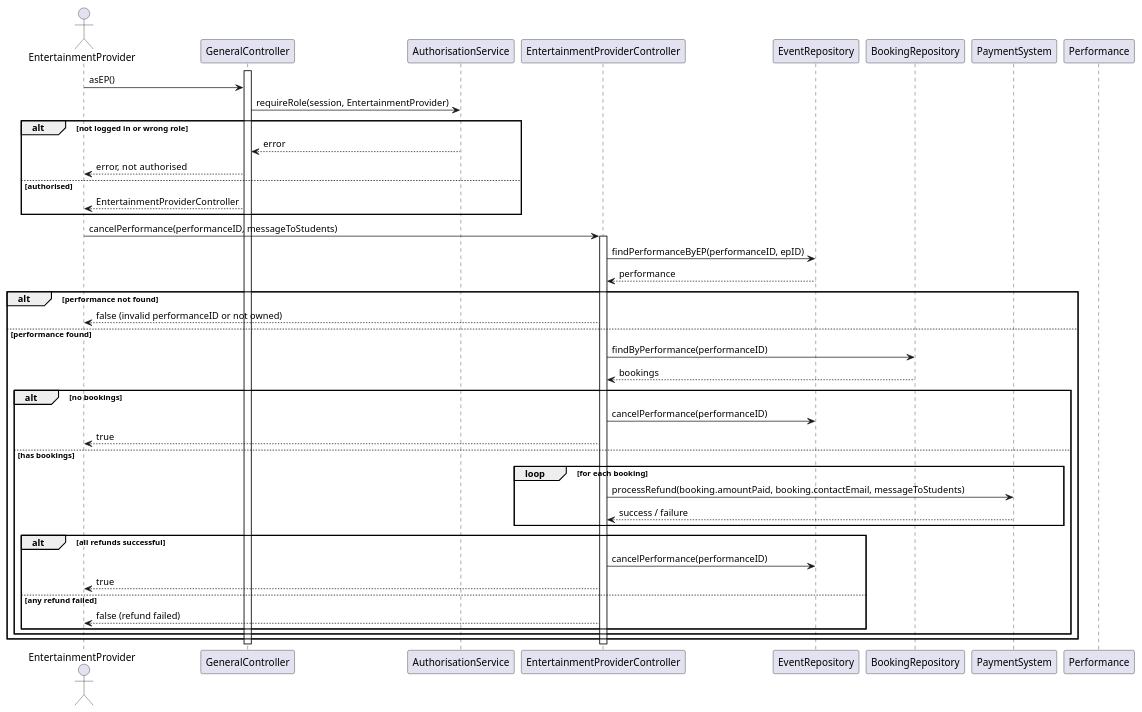
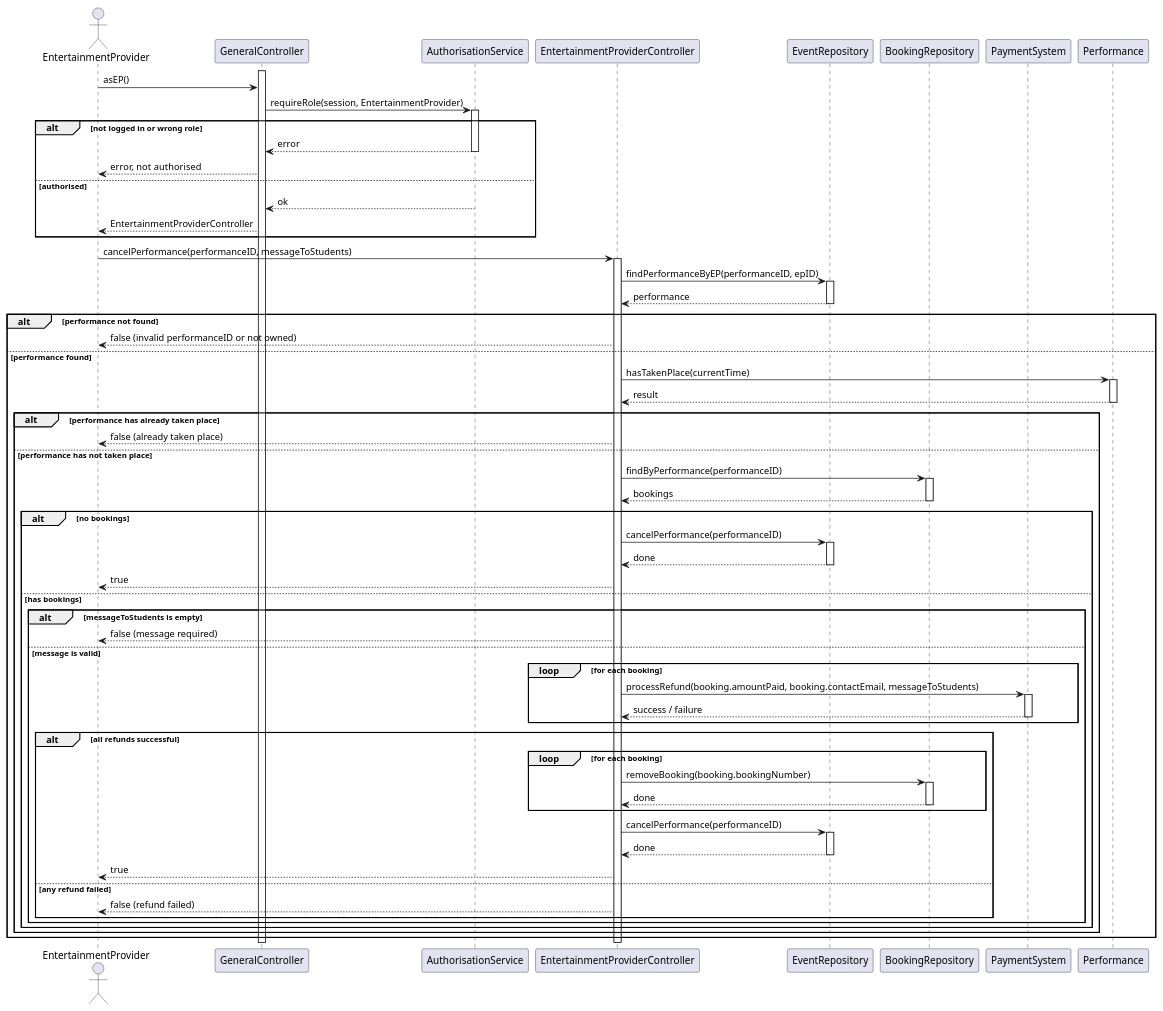
One commit to Kingjinsight/CourseWork changed the diagram in CW2/Task4_cancel_performance.puml. Above: the diagram before and after it, drawn with PlantUML. The commit also changed 2 other files, not shown here.

Commit message:
Update task2 bugs and task4 cancle performance sequence diagram to align with task2 (#35)

```diff
--- a/CW2/Task4_cancel_performance.puml
+++ b/CW2/Task4_cancel_performance.puml
@@ -1,57 +1,93 @@
 @startuml Cancel Performance
 
 actor EntertainmentProvider
 participant GeneralController
 participant AuthorisationService
 participant EntertainmentProviderController
 participant EventRepository
 participant BookingRepository
 participant PaymentSystem
 participant Performance
 
 activate GeneralController
 
 EntertainmentProvider -> GeneralController: asEP()
 GeneralController -> AuthorisationService: requireRole(session, EntertainmentProvider)
+activate AuthorisationService
 
 alt not logged in or wrong role
     AuthorisationService --> GeneralController: error
+    deactivate AuthorisationService
     GeneralController --> EntertainmentProvider: error, not authorised
 else authorised
+    AuthorisationService --> GeneralController: ok
+    deactivate AuthorisationService
     GeneralController --> EntertainmentProvider: EntertainmentProviderController
 end
 
 EntertainmentProvider -> EntertainmentProviderController: cancelPerformance(performanceID, messageToStudents)
 activate EntertainmentProviderController
 
 EntertainmentProviderController -> EventRepository: findPerformanceByEP(performanceID, epID)
+activate EventRepository
 EventRepository --> EntertainmentProviderController: performance
+deactivate EventRepository
 
 alt performance not found
     EntertainmentProviderController --> EntertainmentProvider: false (invalid performanceID or not owned)
 else performance found
-    EntertainmentProviderController -> BookingRepository: findByPerformance(performanceID)
-    BookingRepository --> EntertainmentProviderController: bookings
+    EntertainmentProviderController -> Performance: hasTakenPlace(currentTime)
+    activate Performance
+    Performance --> EntertainmentProviderController: result
+    deactivate Performance
 
-    alt no bookings
-        EntertainmentProviderController -> EventRepository: cancelPerformance(performanceID)
-        EntertainmentProviderController --> EntertainmentProvider: true
-    else has bookings
-        loop for each booking
-            EntertainmentProviderController -> PaymentSystem: processRefund(booking.amountPaid, booking.contactEmail, messageToStudents)
-            PaymentSystem --> EntertainmentProviderController: success / failure
-        end
+    alt performance has already taken place
+        EntertainmentProviderController --> EntertainmentProvider: false (already taken place)
+    else performance has not taken place
+        EntertainmentProviderController -> BookingRepository: findByPerformance(performanceID)
+        activate BookingRepository
+        BookingRepository --> EntertainmentProviderController: bookings
+        deactivate BookingRepository
 
-        alt all refunds successful
+        alt no bookings
             EntertainmentProviderController -> EventRepository: cancelPerformance(performanceID)
+            activate EventRepository
+            EventRepository --> EntertainmentProviderController: done
+            deactivate EventRepository
             EntertainmentProviderController --> EntertainmentProvider: true
-        else any refund failed
-            EntertainmentProviderController --> EntertainmentProvider: false (refund failed)
+        else has bookings
+            alt messageToStudents is empty
+                EntertainmentProviderController --> EntertainmentProvider: false (message required)
+            else message is valid
+                loop for each booking
+                    EntertainmentProviderController -> PaymentSystem: processRefund(booking.amountPaid, booking.contactEmail, messageToStudents)
+                    activate PaymentSystem
+                    PaymentSystem --> EntertainmentProviderController: success / failure
+                    deactivate PaymentSystem
+                end
+
+                alt all refunds successful
+                    loop for each booking
+                        EntertainmentProviderController -> BookingRepository: removeBooking(booking.bookingNumber)
+                        activate BookingRepository
+                        BookingRepository --> EntertainmentProviderController: done
+                        deactivate BookingRepository
+                    end
+
+                    EntertainmentProviderController -> EventRepository: cancelPerformance(performanceID)
+                    activate EventRepository
+                    EventRepository --> EntertainmentProviderController: done
+                    deactivate EventRepository
+                    EntertainmentProviderController --> EntertainmentProvider: true
+                else any refund failed
+                    EntertainmentProviderController --> EntertainmentProvider: false (refund failed)
+                end
+            end
         end
     end
 end
 
 deactivate EntertainmentProviderController
 deactivate GeneralController
 
 @enduml
```
